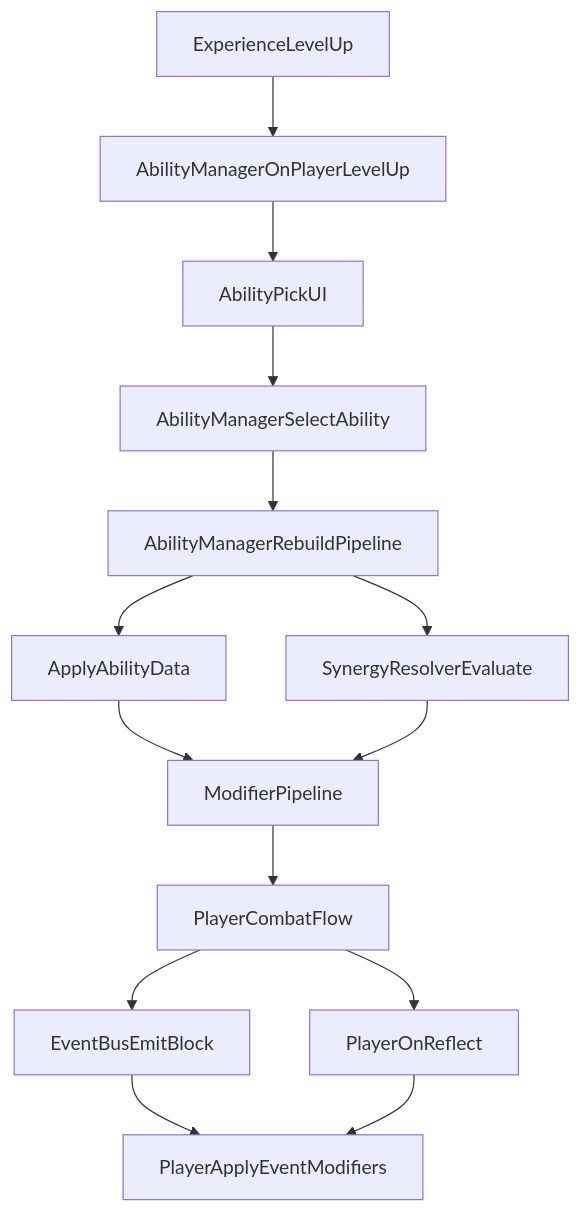
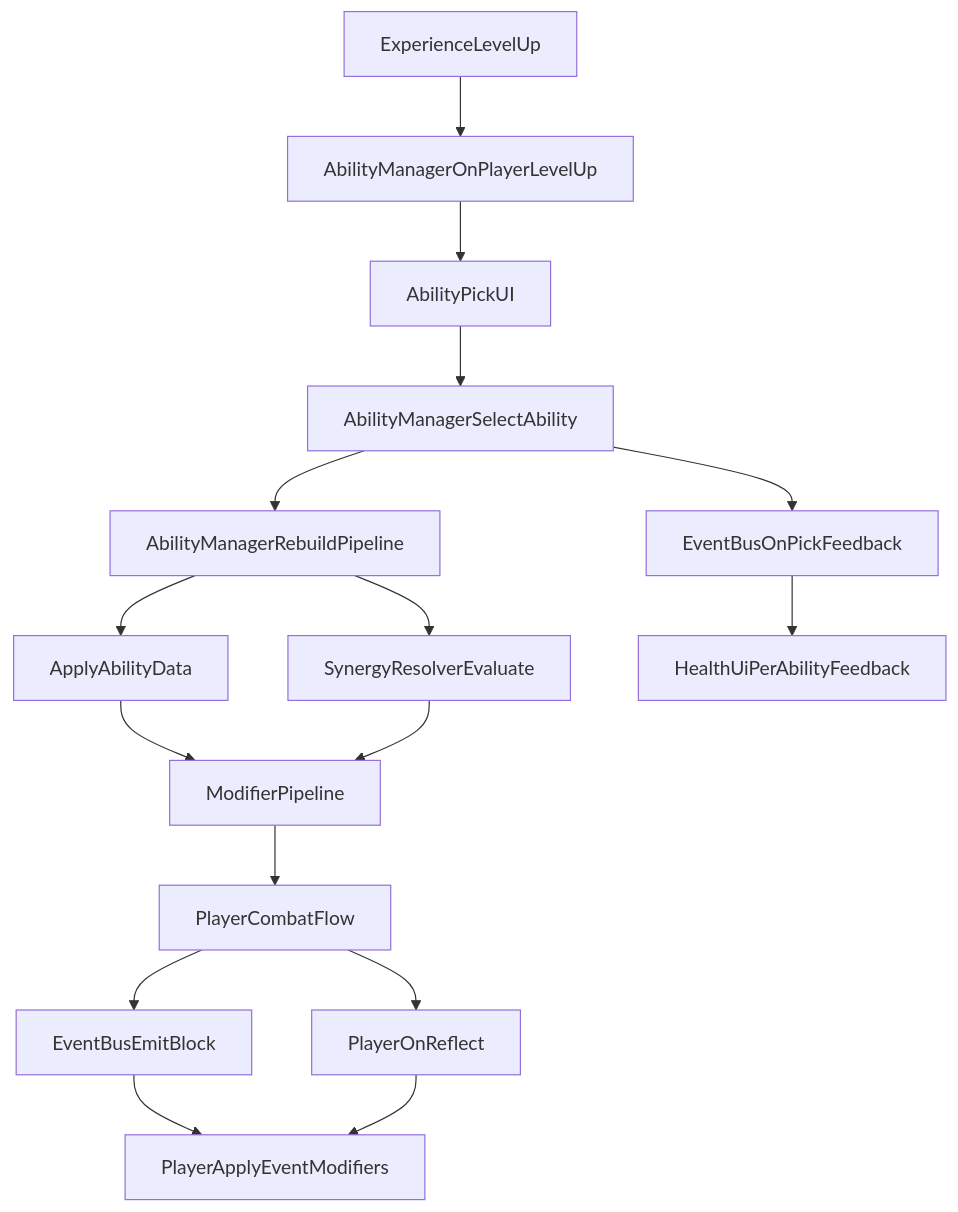
The diagram in README.md (WannaTwo-WeiZhou/shield-core), drawn with Mermaid before and after one commit. The commit also changed other lines of this file and 3 other files, not shown here.

````diff
--- a/README.md
+++ b/README.md
@@ -54,16 +57,18 @@
 ```mermaid
 flowchart TD
 experienceLevelUp[ExperienceLevelUp] --> requestCandidates[AbilityManagerOnPlayerLevelUp]
 requestCandidates --> pickUI[AbilityPickUI]
 pickUI --> selectAbility[AbilityManagerSelectAbility]
 selectAbility --> rebuildPipeline[AbilityManagerRebuildPipeline]
+selectAbility --> pickFeedback[EventBusOnPickFeedback]
 rebuildPipeline --> applyAbilityEffects[ApplyAbilityData]
 rebuildPipeline --> resolveSynergy[SynergyResolverEvaluate]
+pickFeedback --> healthUiFeedback[HealthUiPerAbilityFeedback]
 applyAbilityEffects --> modifierPipeline[ModifierPipeline]
 resolveSynergy --> modifierPipeline
 modifierPipeline --> playerCombat[PlayerCombatFlow]
 playerCombat --> blockEvent[EventBusEmitBlock]
 playerCombat --> reflectEvent[PlayerOnReflect]
 blockEvent --> eventModifiers[PlayerApplyEventModifiers]
 reflectEvent --> eventModifiers
 ```
````
